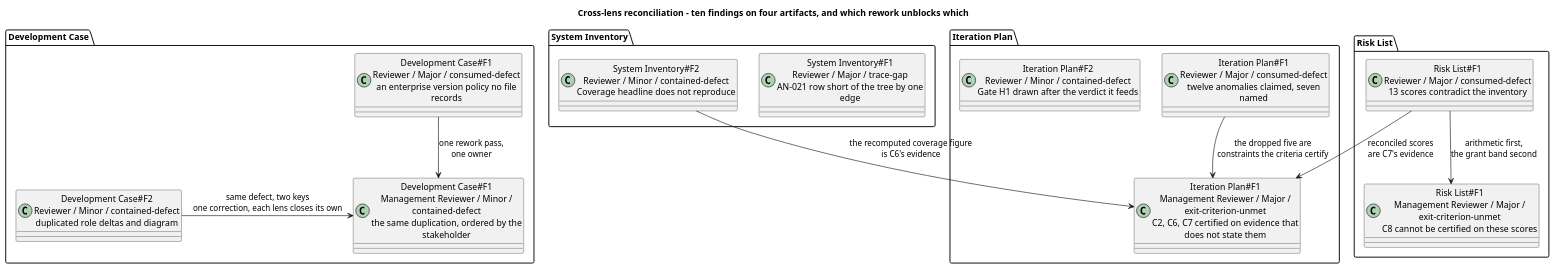
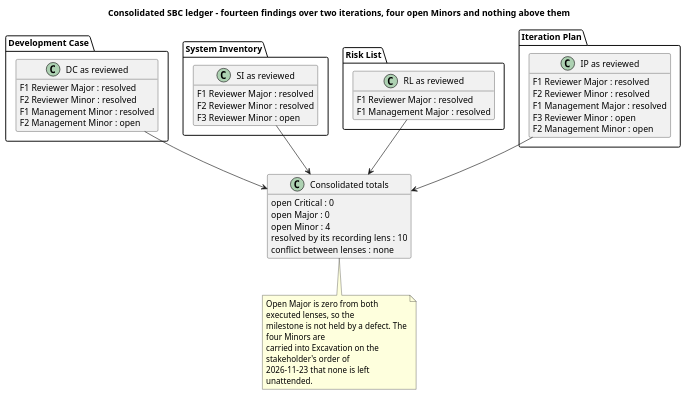
One commit to banense-test/TodoApp changed the eighth of 14 diagrams in docs/artifacts/project-management/review-record.md. Above: the diagram before and after it, drawn with PlantUML. The commit also changed other lines of this file, not shown here.

````diff
--- a/docs/artifacts/project-management/review-record.md
+++ b/docs/artifacts/project-management/review-record.md
@@ -642,37 +602,62 @@
 ```plantuml
 @startuml
-title Cross-lens reconciliation - ten findings on four artifacts, and which rework unblocks which
-
+title Consolidated SBC ledger - fourteen findings over two iterations, four open Minors and nothing above them
 skinparam shadowing false
-skinparam wrapWidth 260
+skinparam classAttributeIconSize 0
+hide empty members
+skinparam wrapWidth 240
 
 package "Development Case" {
-  class "Development Case#F1\nReviewer / Major / consumed-defect\nan enterprise version policy no file records" as DC1
-  class "Development Case#F2\nReviewer / Minor / contained-defect\nduplicated role deltas and diagram" as DC2
-  class "Development Case#F1\nManagement Reviewer / Minor / contained-defect\nthe same duplication, ordered by the stakeholder" as DC3
+  class "DC as reviewed" as DC {
+    F1 Reviewer Major : resolved
+    F2 Reviewer Minor : resolved
+    F1 Management Minor : resolved
+    F2 Management Minor : open
+  }
 }
 
 package "System Inventory" {
-  class "System Inventory#F1\nReviewer / Major / trace-gap\nAN-021 row short of the tree by one edge" as SI1
-  class "System Inventory#F2\nReviewer / Minor / contained-defect\nCoverage headline does not reproduce" as SI2
+  class "SI as reviewed" as SI {
+    F1 Reviewer Major : resolved
+    F2 Reviewer Minor : resolved
+    F3 Reviewer Minor : open
+  }
 }
 
 package "Risk List" {
-  class "Risk List#F1\nReviewer / Major / consumed-defect\n13 scores contradict the inventory" as RL1
-  class "Risk List#F1\nManagement Reviewer / Major / exit-criterion-unmet\nC8 cannot be certified on these scores" as RL2
+  class "RL as reviewed" as RL {
+    F1 Reviewer Major : resolved
+    F1 Management Major : resolved
+  }
 }
 
 package "Iteration Plan" {
-  class "Iteration Plan#F1\nReviewer / Major / consumed-defect\ntwelve anomalies claimed, seven named" as IP1
-  class "Iteration Plan#F1\nManagement Reviewer / Major / exit-criterion-unmet\nC2, C6, C7 certified on evidence that does not state them" as IP2
-  class "Iteration Plan#F2\nReviewer / Minor / contained-defect\nGate H1 drawn after the verdict it feeds" as IP3
+  class "IP as reviewed" as IP {
+    F1 Reviewer Major : resolved
+    F2 Reviewer Minor : resolved
+    F1 Management Major : resolved
+    F3 Reviewer Minor : open
+    F2 Management Minor : open
+  }
 }
 
-DC2 -right-> DC3 : same defect, two keys\none correction, each lens closes its own
-RL1 --> RL2 : arithmetic first,\nthe grant band second
-SI2 --> IP2 : the recomputed coverage figure\nis C6's evidence
-RL1 --> IP2 : reconciled scores\nare C7's evidence
-DC1 --> DC3 : one rework pass,\none owner
-IP1 --> IP2 : the dropped five are\nconstraints the criteria certify
+class "Consolidated totals" as TOT {
+  open Critical : 0
+  open Major : 0
+  open Minor : 4
+  resolved by its recording lens : 10
+  conflict between lenses : none
+}
+
+DC --> TOT
+SI --> TOT
+RL --> TOT
+IP --> TOT
+note bottom of TOT
+  Open Major is zero from both executed lenses, so the
+  milestone is not held by a defect. The four Minors are
+  carried into Excavation on the stakeholder's order of
+  2026-11-23 that none is left unattended.
+end note
 @enduml
 ```
````
